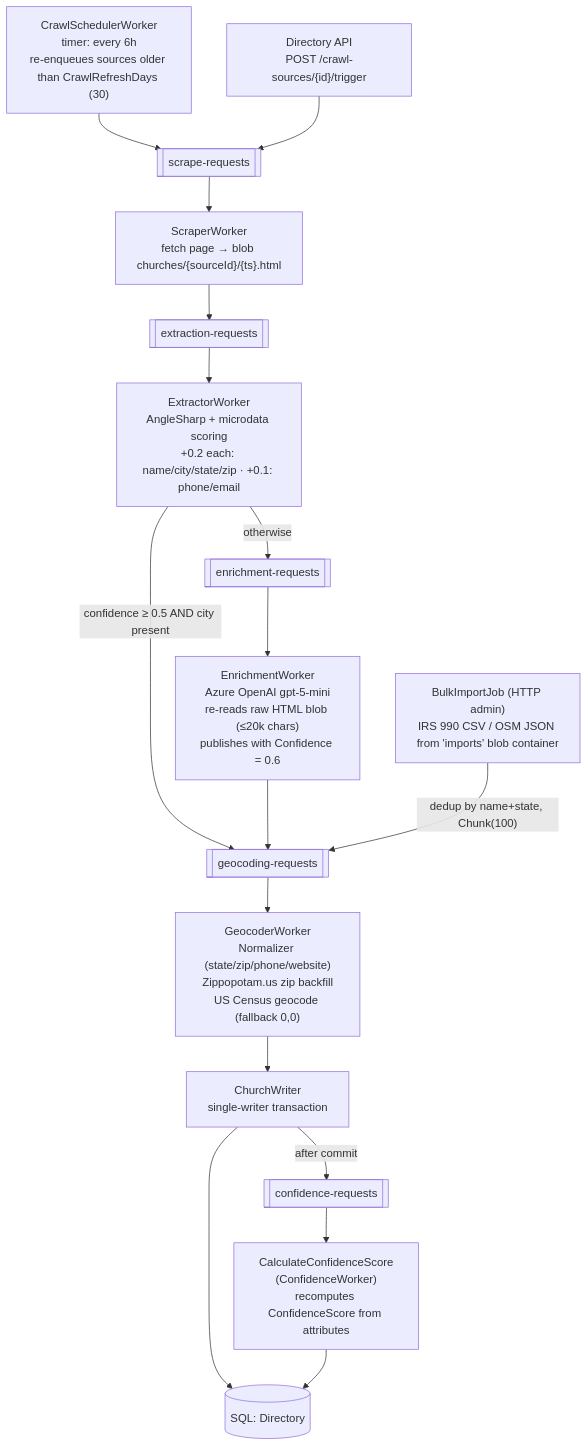
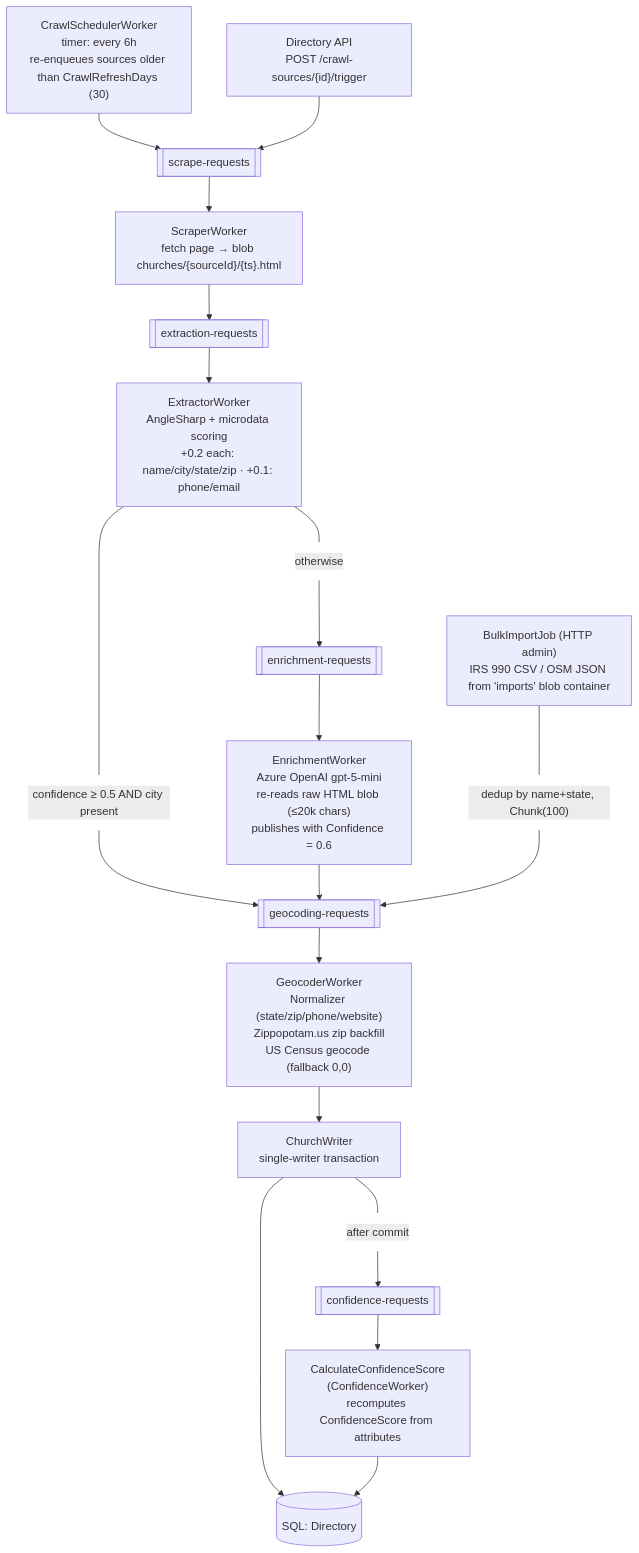
Before and after one commit to crgolden/Churches: the sixth of 8 diagrams in ARCHITECTURE.md, drawn with Mermaid. The commit also changed other lines of this file and 1 other file, not shown here.

Commit message:
Remove infrastructure values and tighten prose in ARCHITECTURE.md/README

````diff
--- a/ARCHITECTURE.md
+++ b/ARCHITECTURE.md
@@ -297,28 +317,31 @@
 ```mermaid
 flowchart TD
     CS["CrawlSchedulerWorker<br/>timer: every 6h<br/>re-enqueues sources older than CrawlRefreshDays (30)"]
     TRG["Directory API<br/>POST /crawl-sources/{id}/trigger"]
     BIJ["BulkImportJob (HTTP admin)<br/>IRS 990 CSV / OSM JSON from 'imports' blob container"]
 
     Q1[["scrape-requests"]]
     SW["ScraperWorker<br/>fetch page → blob churches/{sourceId}/{ts}.html"]
     Q2[["extraction-requests"]]
     EX["ExtractorWorker<br/>AngleSharp + microdata scoring<br/>+0.2 each: name/city/state/zip · +0.1: phone/email"]
     Q3[["enrichment-requests"]]
     EN["EnrichmentWorker<br/>Azure OpenAI gpt-5-mini<br/>re-reads raw HTML blob (≤20k chars)<br/>publishes with Confidence = 0.6"]
     Q4[["geocoding-requests"]]
     GW["GeocoderWorker<br/>Normalizer (state/zip/phone/website)<br/>Zippopotam.us zip backfill<br/>US Census geocode (fallback 0,0)"]
     CW["ChurchWriter<br/>single-writer transaction"]
     Q5[["confidence-requests"]]
     CC["CalculateConfidenceScore<br/>(ConfidenceWorker)<br/>recomputes ConfidenceScore from attributes"]
     DB[("SQL: Directory")]
 
     CS --> Q1
     TRG --> Q1
     Q1 --> SW --> Q2 --> EX
-    EX -- "confidence ≥ 0.5 AND city present" --> Q4
-    EX -- "otherwise" --> Q3 --> EN --> Q4
-    BIJ -- "dedup by name+state, Chunk(100)" --> Q4
+    EX --- EXT["confidence ≥ 0.5 AND city present"] --> Q4
+    EX --- EXO["otherwise"] --> Q3 --> EN --> Q4
+    BIJ --- BIL["dedup by name+state, Chunk(100)"] --> Q4
     Q4 --> GW --> CW --> DB
-    CW -- "after commit" --> Q5 --> CC --> DB
+    CW --- CWL["after commit"] --> Q5 --> CC --> DB
+
+    classDef edgeLabel fill:none,stroke:none
+    class EXT,EXO,BIL,CWL edgeLabel
 ```
````
